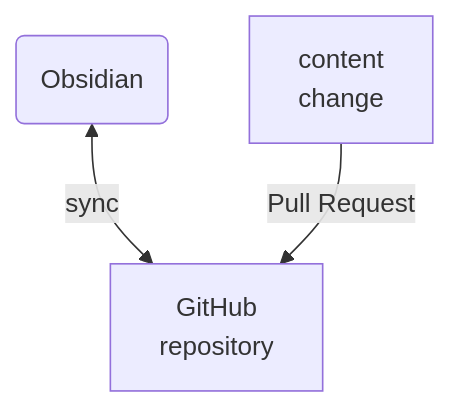
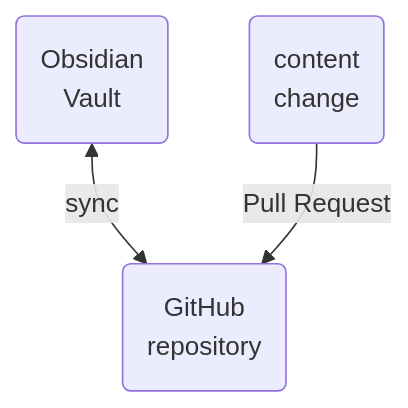
The diagram in README.md (tylere/obsidian-vault-cng), drawn with Mermaid before and after one commit. The commit also changed other lines of this file and 42 other files, not shown here.

````diff
--- a/README.md
+++ b/README.md
@@ -7,7 +8,7 @@
 ```mermaid
 flowchart TD
 
-B(Obsidian) <--> |sync| A[GitHub<br/>repository]
+B(Obsidian<br/>Vault) <--> |sync| A(GitHub<br/>repository)
 
-C[content<br/>change] --> |Pull Request| A
+C(content<br/>change) --> |Pull Request| A
 ```
````
